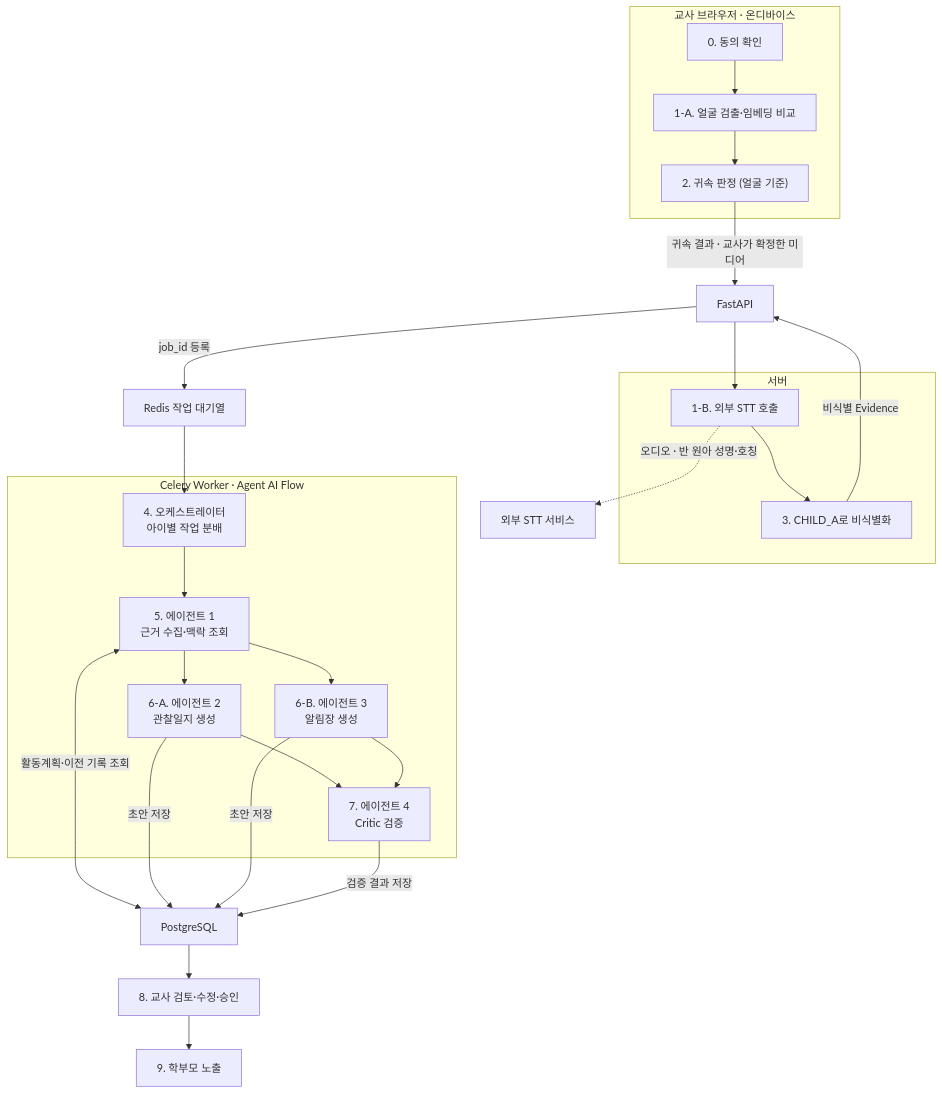
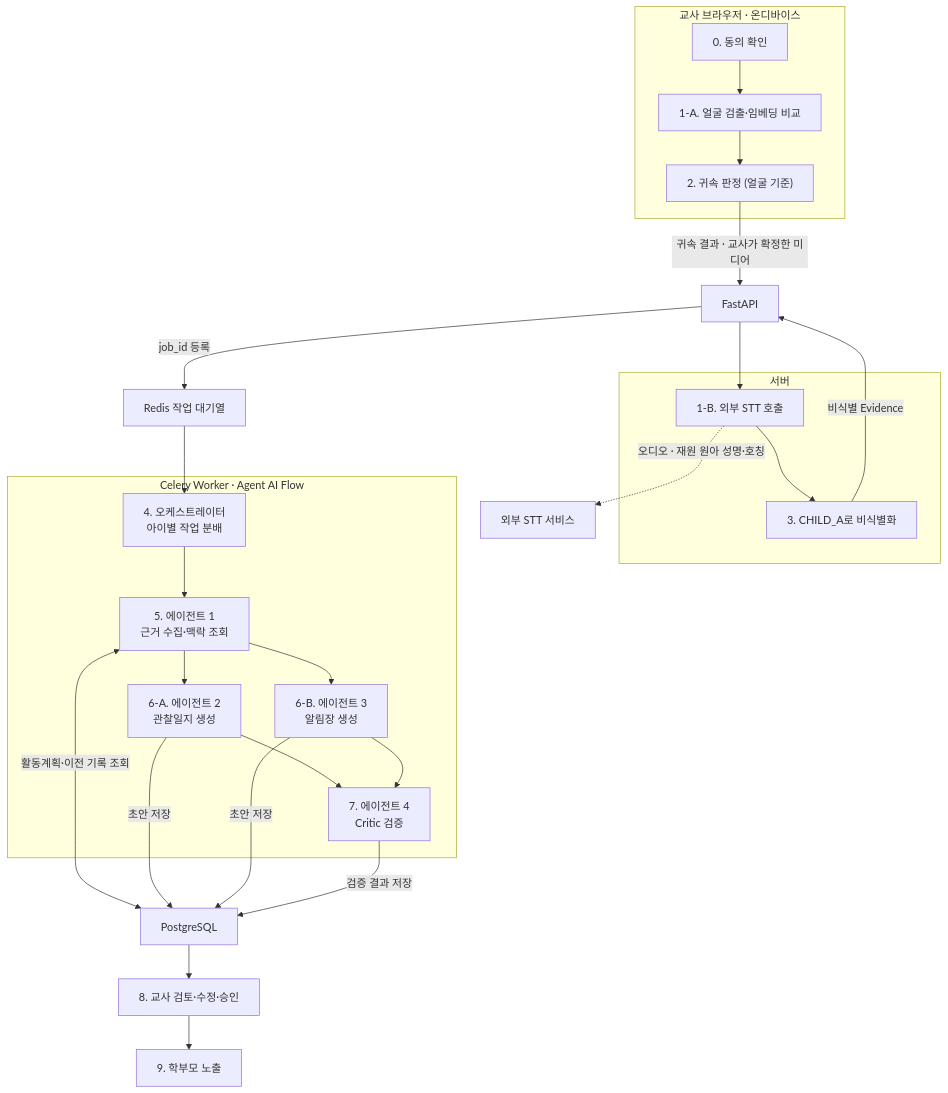
The eighth of 9 diagrams in docs/테크스펙.md (kakaotechcampus-4/ktc4-chungnam-4), drawn with Mermaid before and after one commit. The commit also changed other lines of this file and 2 other files, not shown here.

First line of the commit message:
docs: [rule] send only enrolled children to STT

````diff
--- a/docs/테크스펙.md
+++ b/docs/테크스펙.md
@@ -1339,51 +1339,51 @@
 ```mermaid
 flowchart TB
     subgraph DEVICE["교사 브라우저 · 온디바이스"]
         CONSENT["0. 동의 확인"]
         FACE["1-A. 얼굴 검출·임베딩 비교"]
         MATCH["2. 귀속 판정 (얼굴 기준)"]
 
         CONSENT --> FACE
         FACE --> MATCH
     end
 
     MATCH -->|"귀속 결과 · 교사가 확정한 미디어"| API["FastAPI"]
 
     subgraph SERVER["서버"]
         STT["1-B. 외부 STT 호출"]
         ANON["3. CHILD_A로 비식별화"]
 
         STT --> ANON
     end
 
     API --> STT
-    STT -.->|"오디오 · 반 원아 성명·호칭"| EXTSTT["외부 STT 서비스"]
+    STT -.->|"오디오 · 재원 원아 성명·호칭"| EXTSTT["외부 STT 서비스"]
     ANON -->|"비식별 Evidence"| API
 
     API -->|"job_id 등록"| REDIS["Redis 작업 대기열"]
 
     subgraph WORKER["Celery Worker · Agent AI Flow"]
         ORCH["4. 오케스트레이터<br/>아이별 작업 분배"]
         AGENT1["5. 에이전트 1<br/>근거 수집·맥락 조회"]
         AGENT2["6-A. 에이전트 2<br/>관찰일지 생성"]
         AGENT3["6-B. 에이전트 3<br/>알림장 생성"]
         CRITIC["7. 에이전트 4<br/>Critic 검증"]
 
         ORCH --> AGENT1
         AGENT1 --> AGENT2
         AGENT1 --> AGENT3
         AGENT2 --> CRITIC
         AGENT3 --> CRITIC
     end
 
     REDIS --> ORCH
 
     AGENT1 <-->|"활동계획·이전 기록 조회"| DB["PostgreSQL"]
     AGENT2 -->|"초안 저장"| DB
     AGENT3 -->|"초안 저장"| DB
     CRITIC -->|"검증 결과 저장"| DB
 
     DB --> REVIEW["8. 교사 검토·수정·승인"]
     REVIEW --> PUBLISH["9. 학부모 노출"]
     
 ```
````
